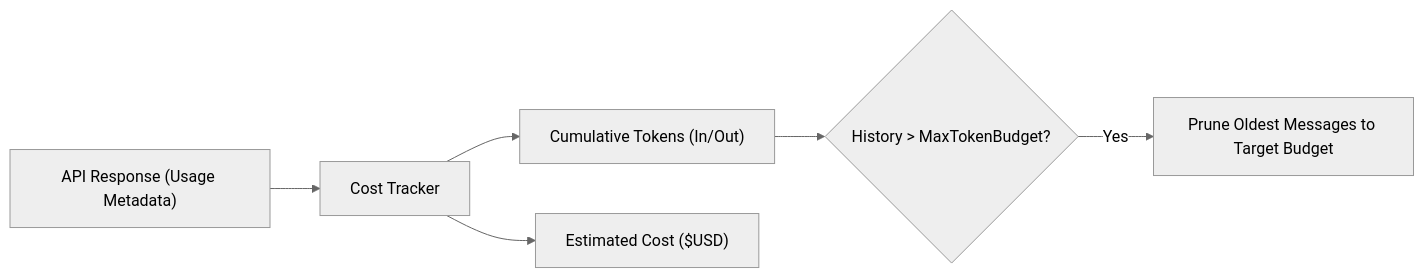
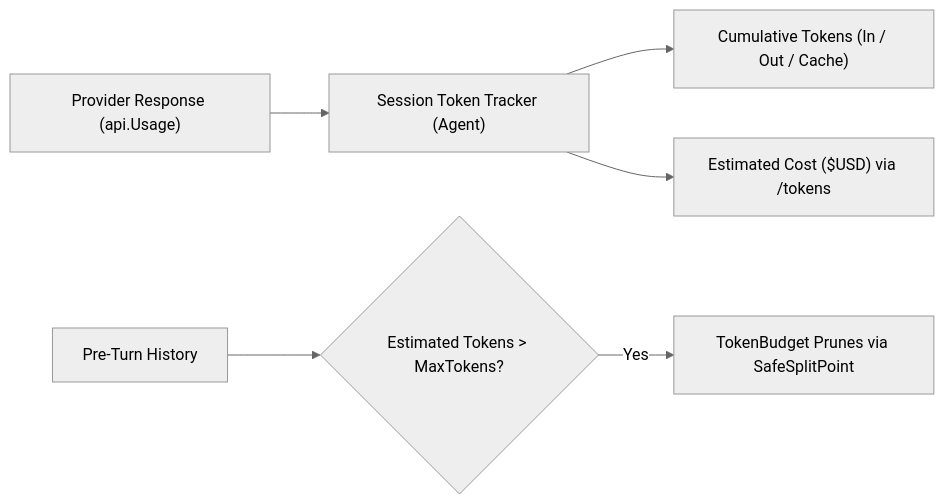
The diagram in docs/steps/18-token-budget-and-cost.md (AntonioHellin/phi-code-agent), drawn with Mermaid (neutral theme) before and after one commit. The commit also changed other lines of this file and 9 other files, not shown here.

Commit message:
step/18-token-budget-and-cost: feat: implement normalized token usage and multi-vendor provider telemetry

````diff
--- a/docs/steps/18-token-budget-and-cost.md
+++ b/docs/steps/18-token-budget-and-cost.md
@@ -12,8 +12,8 @@
 ```mermaid
 flowchart LR
-    APIResponse["API Response (Usage Metadata)"] --> Tracker["Cost Tracker"]
-    Tracker --> TokenStats["Cumulative Tokens (In/Out)"]
-    Tracker --> DollarCost["Estimated Cost ($USD)"]
-    TokenStats --> Budget{"History > MaxTokenBudget?"}
-    Budget -- "Yes" --> Prune["Prune Oldest Messages to Target Budget"]
+    APIResponse["Provider Response (api.Usage)"] --> Tracker["Session Token Tracker (Agent)"]
+    Tracker --> TokenStats["Cumulative Tokens (In / Out / Cache)"]
+    Tracker --> DollarCost["Estimated Cost ($USD) via /tokens"]
+    Messages["Pre-Turn History"] --> Budget{"Estimated Tokens > MaxTokens?"}
+    Budget -- "Yes" --> Prune["TokenBudget Prunes via SafeSplitPoint"]
 ```
````
